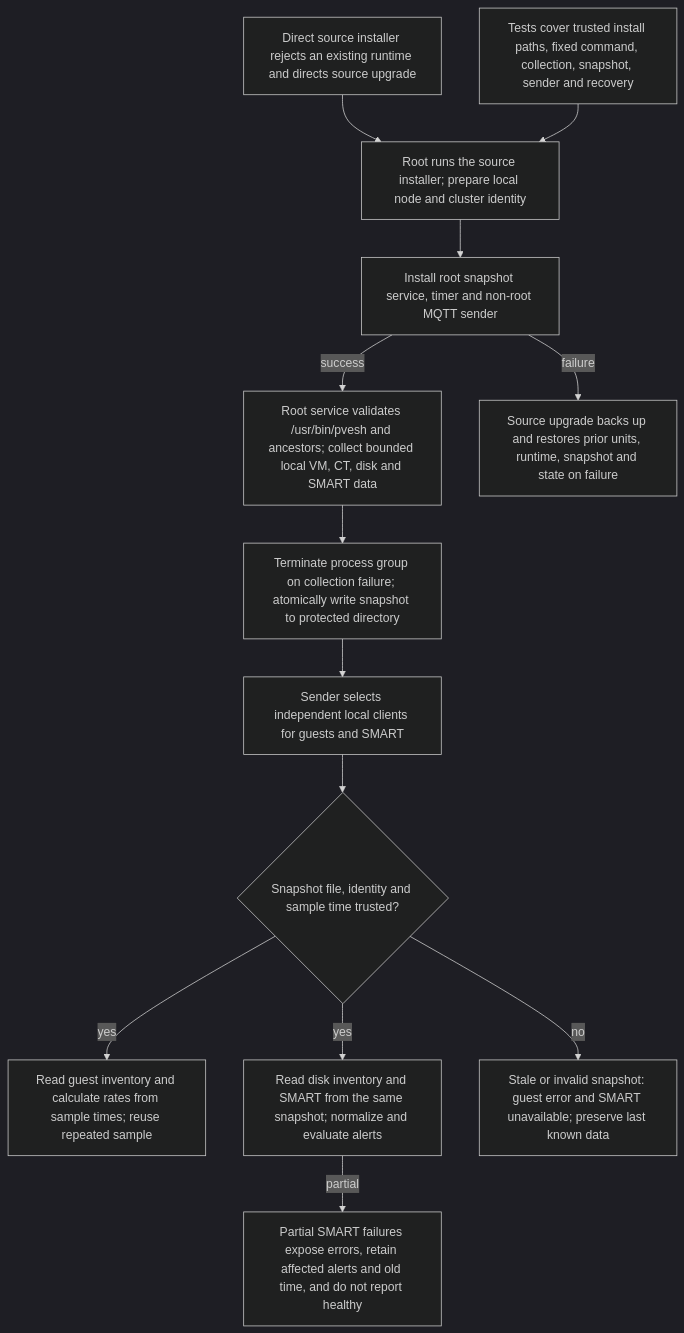
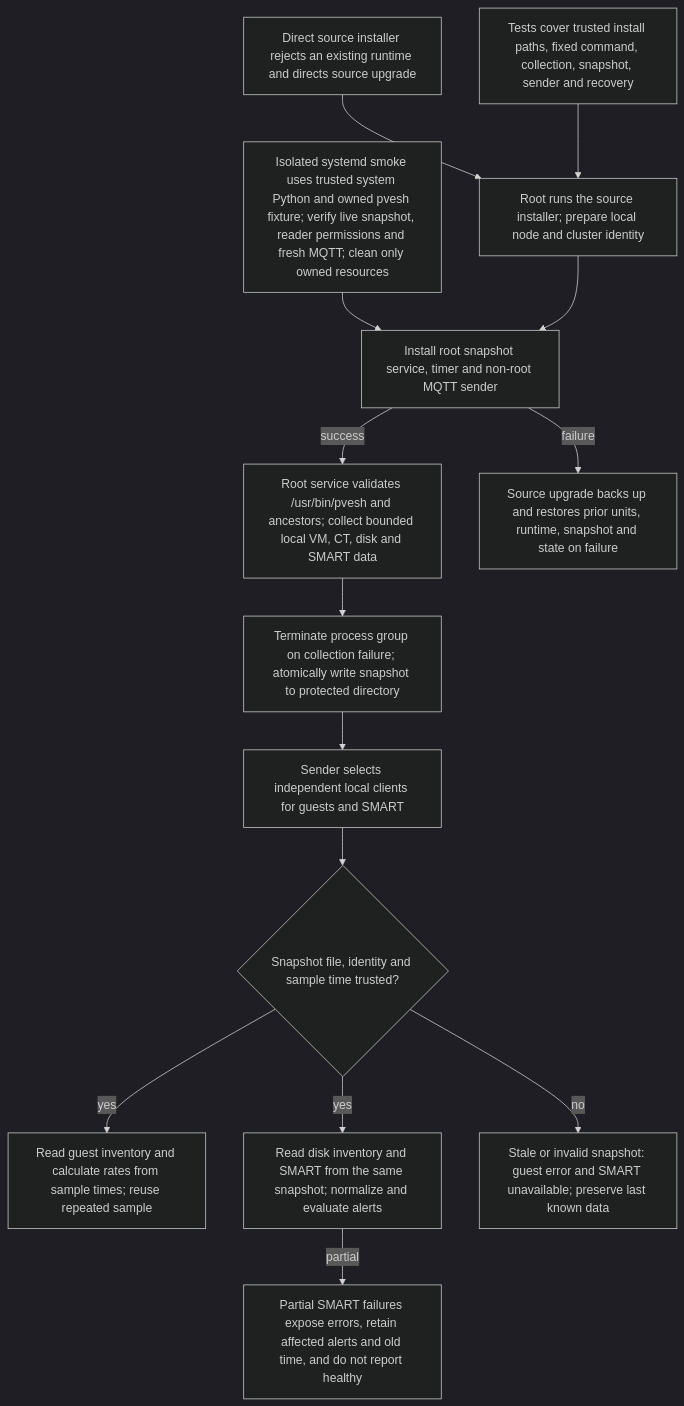
The diagram in docs/flows/sender.pve-local.mmd (KarlSideProjects/JWJhome-agent), drawn with Mermaid (dark theme) before and after one commit. The commit also changed 11 other files, not shown here.

Commit message:
fix(ci): verify native PVE snapshots with trusted system Python

```diff
--- a/docs/flows/sender.pve-local.mmd
+++ b/docs/flows/sender.pve-local.mmd
@@ -1,26 +1,28 @@
 flowchart TD
     A["Root runs the source installer; prepare local node and cluster identity"]
     B["Install root snapshot service, timer and non-root MQTT sender"]
     C["Root service validates /usr/bin/pvesh and ancestors; collect bounded local VM, CT, disk and SMART data"]
     D["Terminate process group on collection failure; atomically write snapshot to protected directory"]
     E["Sender selects independent local clients for guests and SMART"]
     F{"Snapshot file, identity and sample time trusted?"}
     G["Read guest inventory and calculate rates from sample times; reuse repeated sample"]
     H["Read disk inventory and SMART from the same snapshot; normalize and evaluate alerts"]
     I["Partial SMART failures expose errors, retain affected alerts and old time, and do not report healthy"]
     J["Stale or invalid snapshot: guest error and SMART unavailable; preserve last known data"]
     K["Source upgrade backs up and restores prior units, runtime, snapshot and state on failure"]
     L["Tests cover trusted install paths, fixed command, collection, snapshot, sender and recovery"]
     M["Direct source installer rejects an existing runtime and directs source upgrade"]
+    N["Isolated systemd smoke uses trusted system Python and owned pvesh fixture; verify live snapshot, reader permissions and fresh MQTT; clean only owned resources"]
+    N --> B
     A --> B
     M --> A
     B -->|success| C
     B -->|failure| K
     C --> D
     D --> E
     E --> F
     F -->|yes| G
     F -->|yes| H
     F -->|no| J
     H -->|partial| I
     L --> A
```
